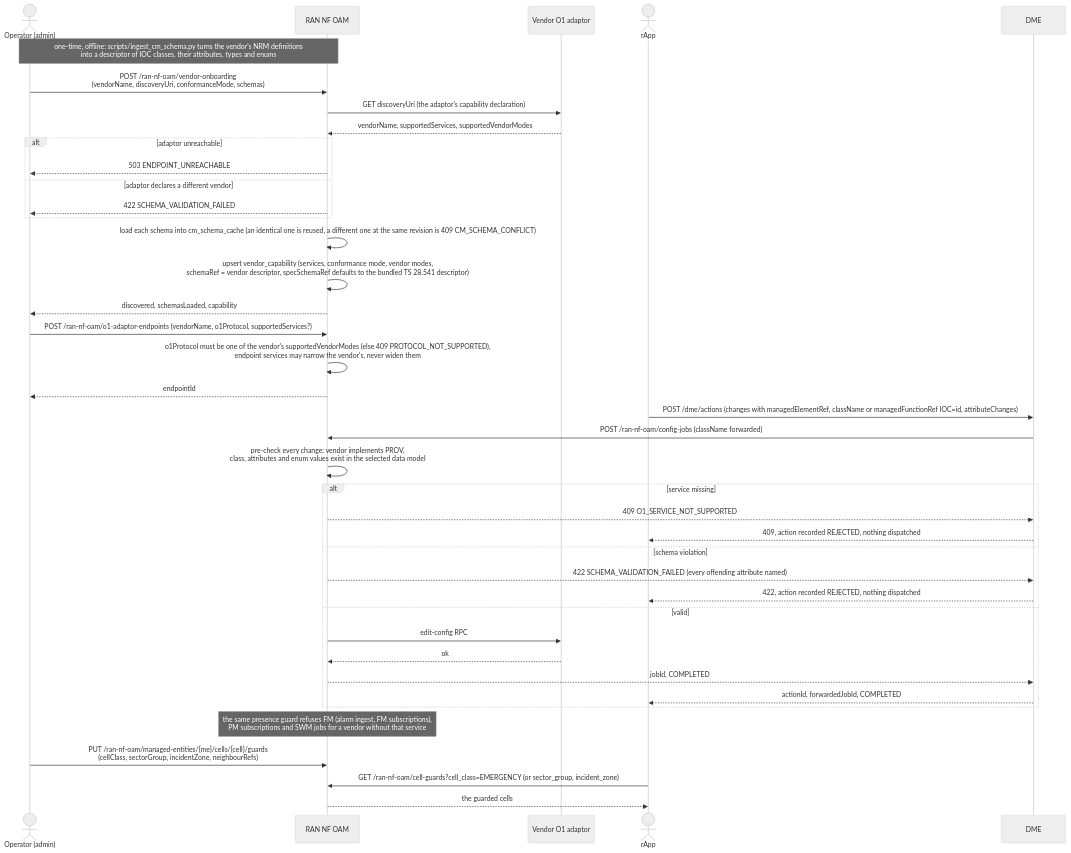
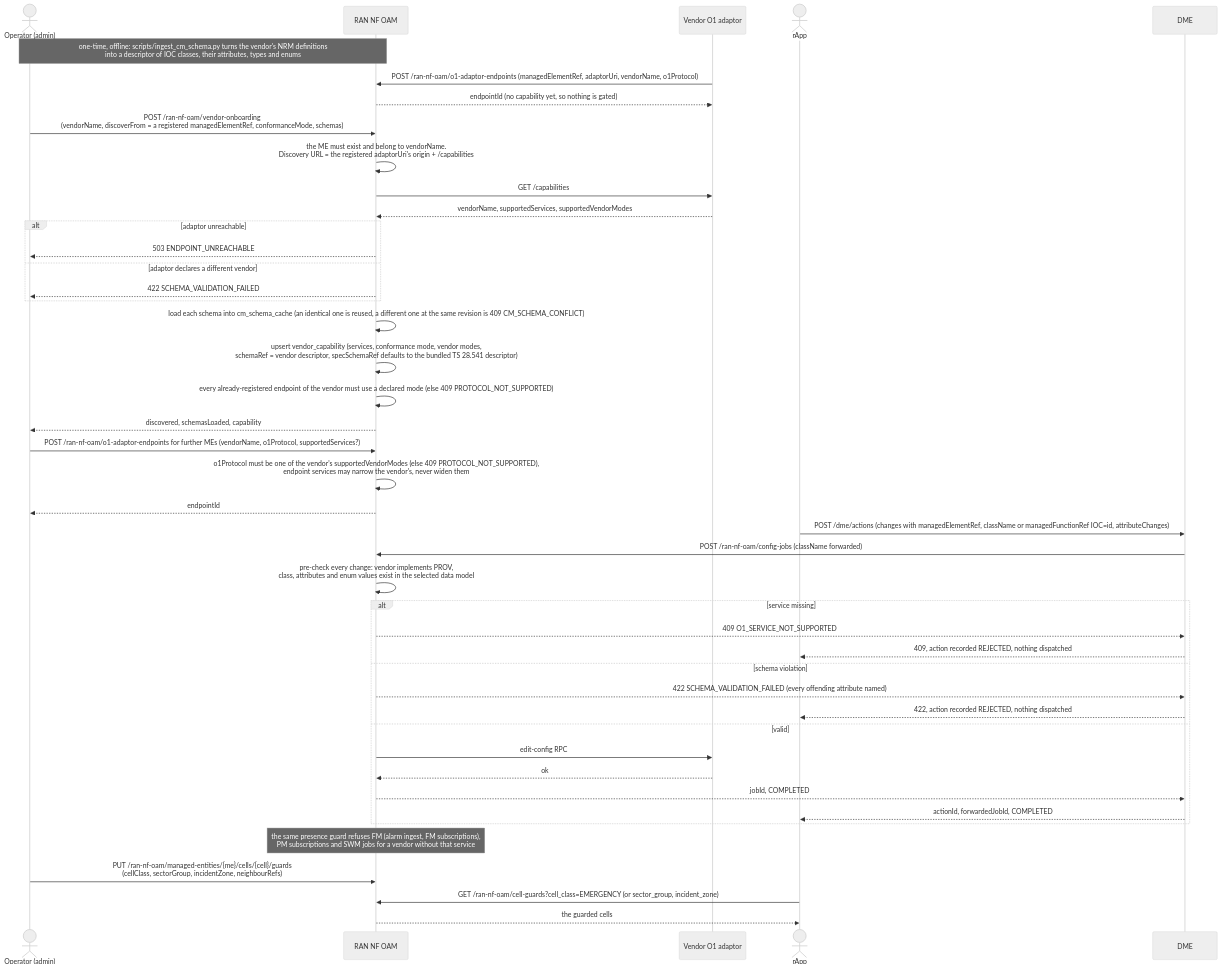
Before and after one commit to rsys-bshankar/ai-ran-ref: the diagram in smo/docs/call-flows/21-o1-vendor-onboarding.md, drawn with Mermaid (neutral theme). The commit also changed other lines of this file and 7 other files, not shown here.

First line of the commit message:
Wave 9: discover vendor capabilities only from a registered adaptor

````diff
--- a/smo/docs/call-flows/21-o1-vendor-onboarding.md
+++ b/smo/docs/call-flows/21-o1-vendor-onboarding.md
@@ -18,47 +18,51 @@
 ```mermaid
 sequenceDiagram
     actor Admin as Operator (admin)
     participant OAM as RAN NF OAM
     participant Adaptor as Vendor O1 adaptor
     actor RApp as rApp
     participant DME as DME
 
     Note over Admin,OAM: one-time, offline: scripts/ingest_cm_schema.py turns the vendor's NRM definitions<br/>into a descriptor of IOC classes, their attributes, types and enums
-    Admin->>OAM: POST /ran-nf-oam/vendor-onboarding<br/>(vendorName, discoveryUri, conformanceMode, schemas)
-    OAM->>Adaptor: GET discoveryUri (the adaptor's capability declaration)
+    Adaptor->>OAM: POST /ran-nf-oam/o1-adaptor-endpoints (managedElementRef, adaptorUri, vendorName, o1Protocol)
+    OAM-->>Adaptor: endpointId (no capability yet, so nothing is gated)
+    Admin->>OAM: POST /ran-nf-oam/vendor-onboarding<br/>(vendorName, discoverFrom = a registered managedElementRef, conformanceMode, schemas)
+    OAM->>OAM: the ME must exist and belong to vendorName.<br/>Discovery URL = the registered adaptorUri's origin + /capabilities
+    OAM->>Adaptor: GET /capabilities
     Adaptor-->>OAM: vendorName, supportedServices, supportedVendorModes
     alt adaptor unreachable
         OAM-->>Admin: 503 ENDPOINT_UNREACHABLE
     else adaptor declares a different vendor
         OAM-->>Admin: 422 SCHEMA_VALIDATION_FAILED
     end
     OAM->>OAM: load each schema into cm_schema_cache (an identical one is reused, a different one at the same revision is 409 CM_SCHEMA_CONFLICT)
     OAM->>OAM: upsert vendor_capability (services, conformance mode, vendor modes,<br/>schemaRef = vendor descriptor, specSchemaRef defaults to the bundled TS 28.541 descriptor)
+    OAM->>OAM: every already-registered endpoint of the vendor must use a declared mode (else 409 PROTOCOL_NOT_SUPPORTED)
     OAM-->>Admin: discovered, schemasLoaded, capability
 
-    Admin->>OAM: POST /ran-nf-oam/o1-adaptor-endpoints (vendorName, o1Protocol, supportedServices?)
+    Admin->>OAM: POST /ran-nf-oam/o1-adaptor-endpoints for further MEs (vendorName, o1Protocol, supportedServices?)
     OAM->>OAM: o1Protocol must be one of the vendor's supportedVendorModes (else 409 PROTOCOL_NOT_SUPPORTED),<br/>endpoint services may narrow the vendor's, never widen them
     OAM-->>Admin: endpointId
 
     RApp->>DME: POST /dme/actions (changes with managedElementRef, className or managedFunctionRef IOC=id, attributeChanges)
     DME->>OAM: POST /ran-nf-oam/config-jobs (className forwarded)
     OAM->>OAM: pre-check every change: vendor implements PROV,<br/>class, attributes and enum values exist in the selected data model
     alt service missing
         OAM-->>DME: 409 O1_SERVICE_NOT_SUPPORTED
         DME-->>RApp: 409, action recorded REJECTED, nothing dispatched
     else schema violation
         OAM-->>DME: 422 SCHEMA_VALIDATION_FAILED (every offending attribute named)
         DME-->>RApp: 422, action recorded REJECTED, nothing dispatched
     else valid
         OAM->>Adaptor: edit-config RPC
         Adaptor-->>OAM: ok
         OAM-->>DME: jobId, COMPLETED
         DME-->>RApp: actionId, forwardedJobId, COMPLETED
     end
 
     Note over OAM: the same presence guard refuses FM (alarm ingest, FM subscriptions),<br/>PM subscriptions and SWM jobs for a vendor without that service
 
     Admin->>OAM: PUT /ran-nf-oam/managed-entities/{me}/cells/{cell}/guards<br/>(cellClass, sectorGroup, incidentZone, neighbourRefs)
     RApp->>OAM: GET /ran-nf-oam/cell-guards?cell_class=EMERGENCY (or sector_group, incident_zone)
     OAM-->>RApp: the guarded cells
 ```
````
